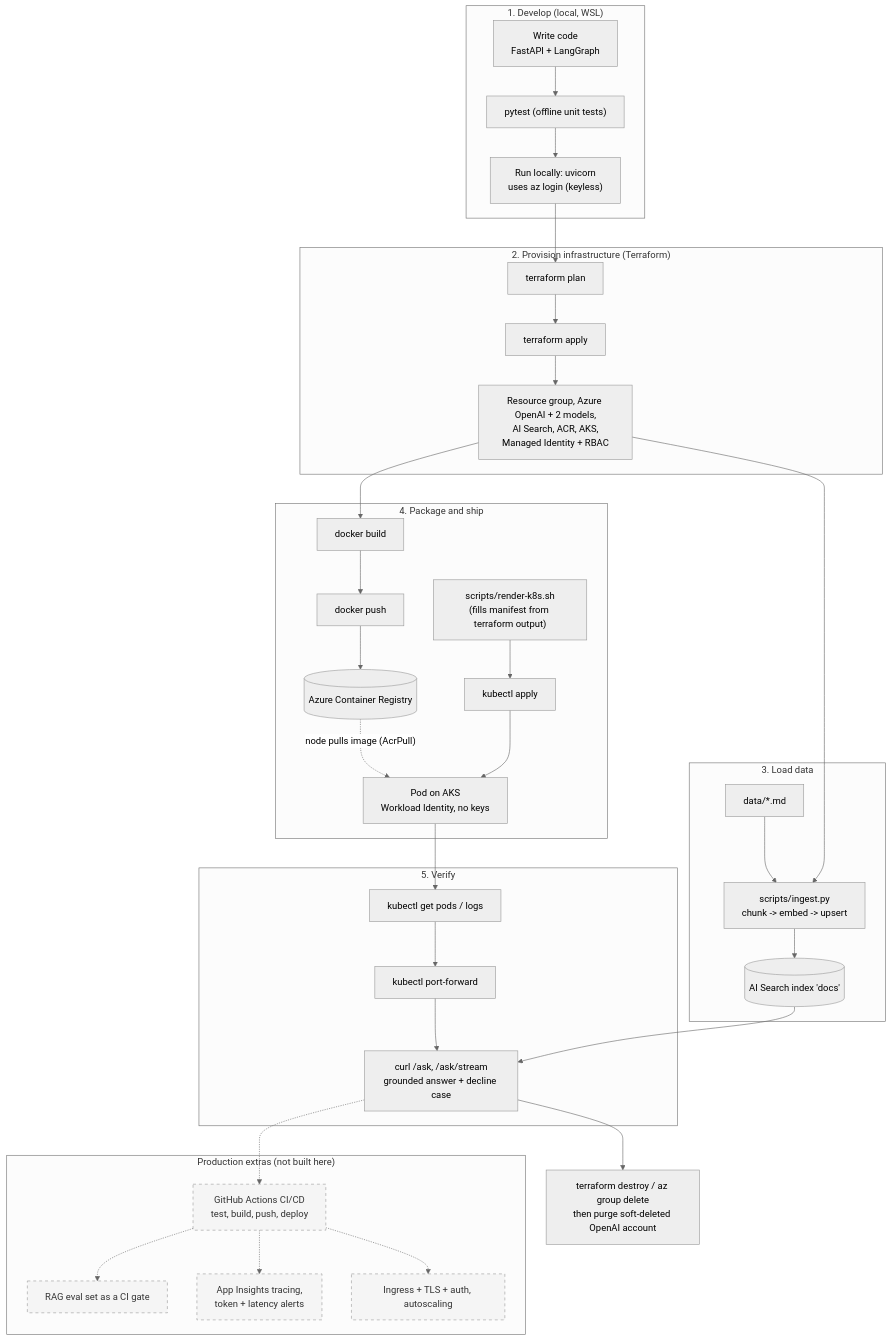
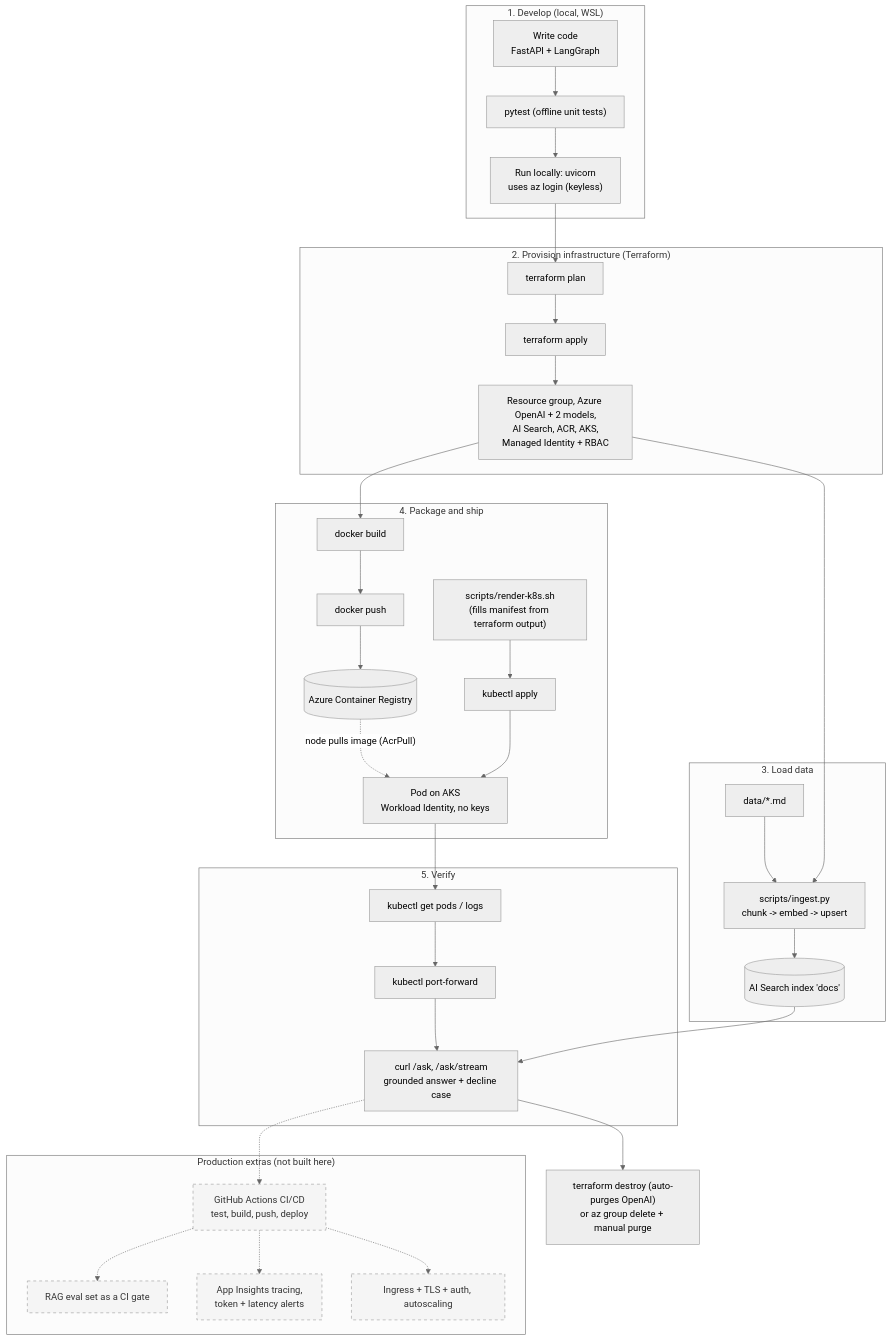
Before and after one commit to kaushik912/azure-ai-lab: the first of 3 diagrams in process-diagram.md, drawn with Mermaid (neutral theme). The commit also changed other lines of this file and 1 other file, not shown here.

Commit message:
Docs: terraform destroy auto-purges OpenAI (provider default); manual purge only after az group delete

````diff
--- a/process-diagram.md
+++ b/process-diagram.md
@@ -7,52 +7,52 @@
 ```mermaid
 flowchart TD
     subgraph DEV["1. Develop (local, WSL)"]
         A["Write code<br/>FastAPI + LangGraph"] --> B["pytest (offline unit tests)"]
         B --> C["Run locally: uvicorn<br/>uses az login (keyless)"]
     end
 
     subgraph INFRA["2. Provision infrastructure (Terraform)"]
         T1["terraform plan"] --> T2["terraform apply"]
         T2 --> R["Resource group, Azure OpenAI + 2 models,<br/>AI Search, ACR, AKS,<br/>Managed Identity + RBAC"]
     end
 
     subgraph DATA["3. Load data"]
         D1["data/*.md"] --> D2["scripts/ingest.py<br/>chunk -> embed -> upsert"]
         D2 --> D3[("AI Search index 'docs'")]
     end
 
     subgraph SHIP["4. Package and ship"]
         S1["docker build"] --> S2["docker push"]
         S2 --> ACR[("Azure Container Registry")]
         S3["scripts/render-k8s.sh<br/>(fills manifest from terraform output)"] --> S4["kubectl apply"]
         ACR -. "node pulls image (AcrPull)" .-> POD
         S4 --> POD["Pod on AKS<br/>Workload Identity, no keys"]
     end
 
     subgraph VERIFY["5. Verify"]
         V1["kubectl get pods / logs"] --> V2["kubectl port-forward"]
         V2 --> V3["curl /ask, /ask/stream<br/>grounded answer + decline case"]
     end
 
     C --> T1
     R --> D2
     R --> S1
     D3 --> V3
     POD --> V1
 
     subgraph PROD["Production extras (not built here)"]
         P1["GitHub Actions CI/CD<br/>test, build, push, deploy"]
         P2["RAG eval set as a CI gate"]
         P3["App Insights tracing,<br/>token + latency alerts"]
         P4["Ingress + TLS + auth, autoscaling"]
     end
     V3 -.-> P1
     P1 -.-> P2
     P1 -.-> P3
     P1 -.-> P4
 
-    V3 --> CLEAN["terraform destroy / az group delete<br/>then purge soft-deleted OpenAI account"]
+    V3 --> CLEAN["terraform destroy (auto-purges OpenAI)<br/>or az group delete + manual purge"]
 
     classDef later stroke-dasharray: 5 5,fill:#f5f5f5,color:#333
     class P1,P2,P3,P4 later
 ```
````
